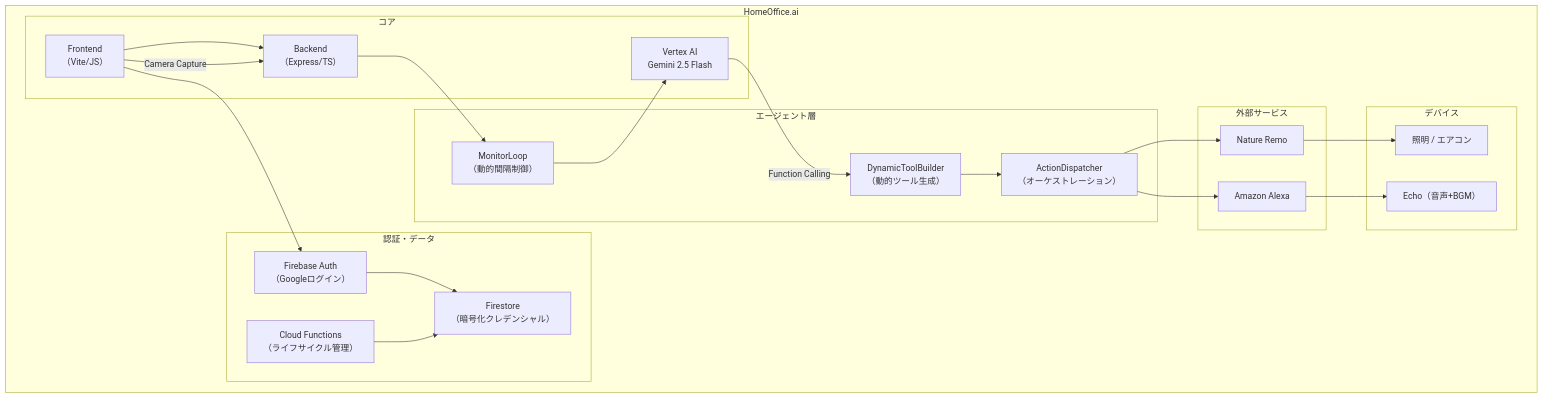
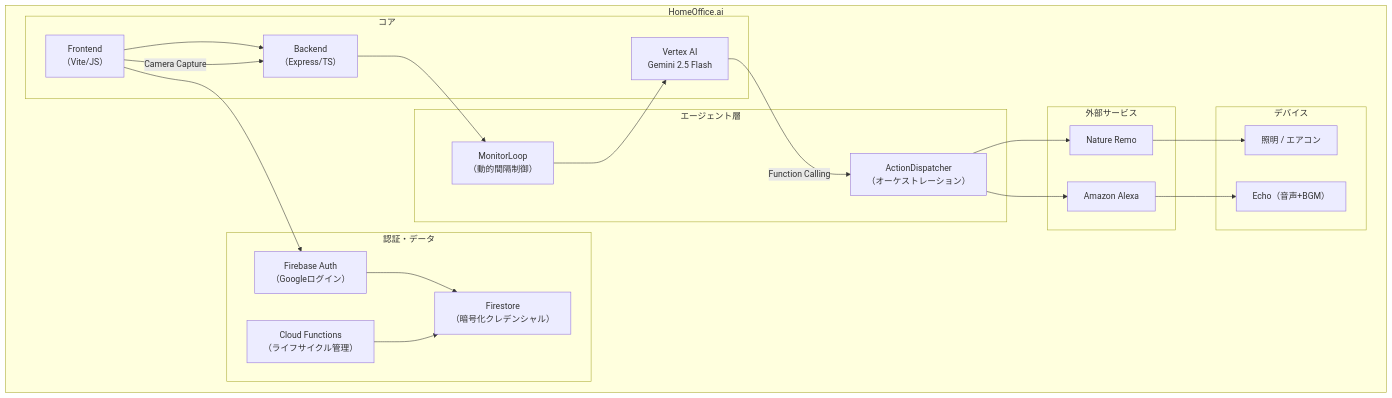
One commit to shinya337/HomeOfficeAI changed the second of 2 diagrams in README.md. Above: the diagram before and after it, drawn with Mermaid. The commit also changed other lines of this file, not shown here.

````diff
--- a/README.md
+++ b/README.md
@@ -60,44 +49,42 @@
 ```mermaid
 flowchart TB
     subgraph HomeOffice["HomeOffice.ai"]
         subgraph Core["コア"]
             Frontend["Frontend<br/>（Vite/JS）"]
             Backend["Backend<br/>（Express/TS）"]
             VertexAI["Vertex AI<br/>Gemini 2.5 Flash"]
         end
 
         subgraph Agent["エージェント層"]
             MonitorLoop["MonitorLoop<br/>（動的間隔制御）"]
-            DynTool["DynamicToolBuilder<br/>（動的ツール生成）"]
             Dispatcher["ActionDispatcher<br/>（オーケストレーション）"]
         end
 
         subgraph Auth["認証・データ"]
             FireAuth["Firebase Auth<br/>（Googleログイン）"]
             Firestore["Firestore<br/>（暗号化クレデンシャル）"]
             CloudFunc["Cloud Functions<br/>（ライフサイクル管理）"]
         end
 
         subgraph External["外部サービス"]
             Remo["Nature Remo"]
             Alexa["Amazon Alexa"]
         end
 
         subgraph Devices["デバイス"]
             Light["照明 / エアコン"]
             Echo["Echo（音声+BGM）"]
         end
 
         Frontend --> Backend
         Frontend -- "Camera Capture" --> Backend
         Backend --> MonitorLoop
         MonitorLoop --> VertexAI
-        VertexAI -- "Function Calling" --> DynTool
-        DynTool --> Dispatcher
+        VertexAI -- "Function Calling" --> Dispatcher
         Dispatcher --> Remo --> Light
         Dispatcher --> Alexa --> Echo
 
         Frontend --> FireAuth --> Firestore
         CloudFunc --> Firestore
     end
 ```
````
